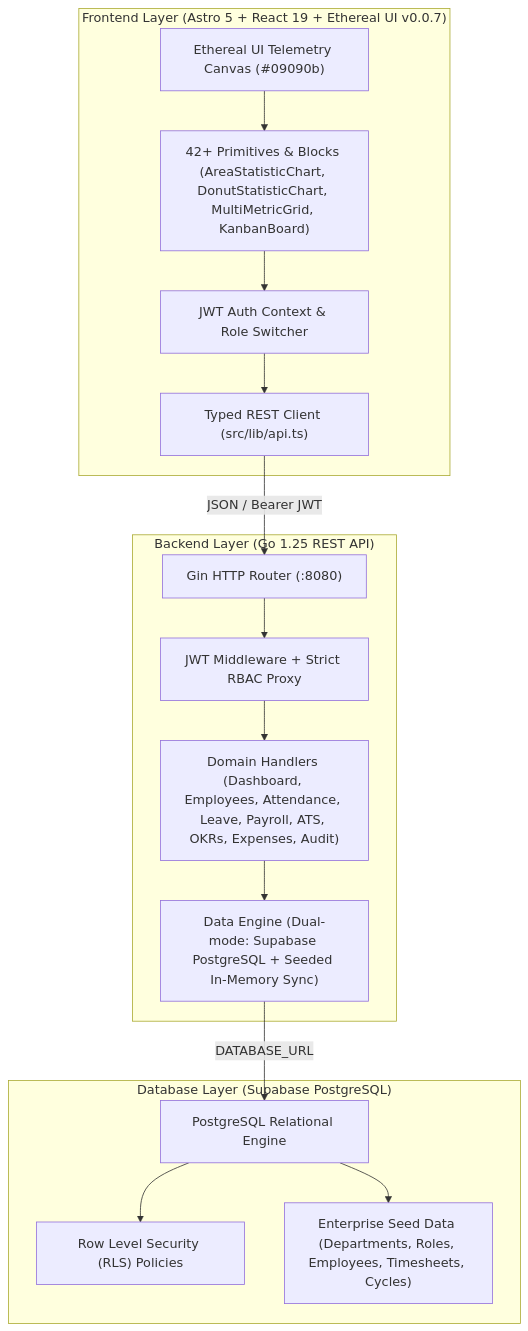
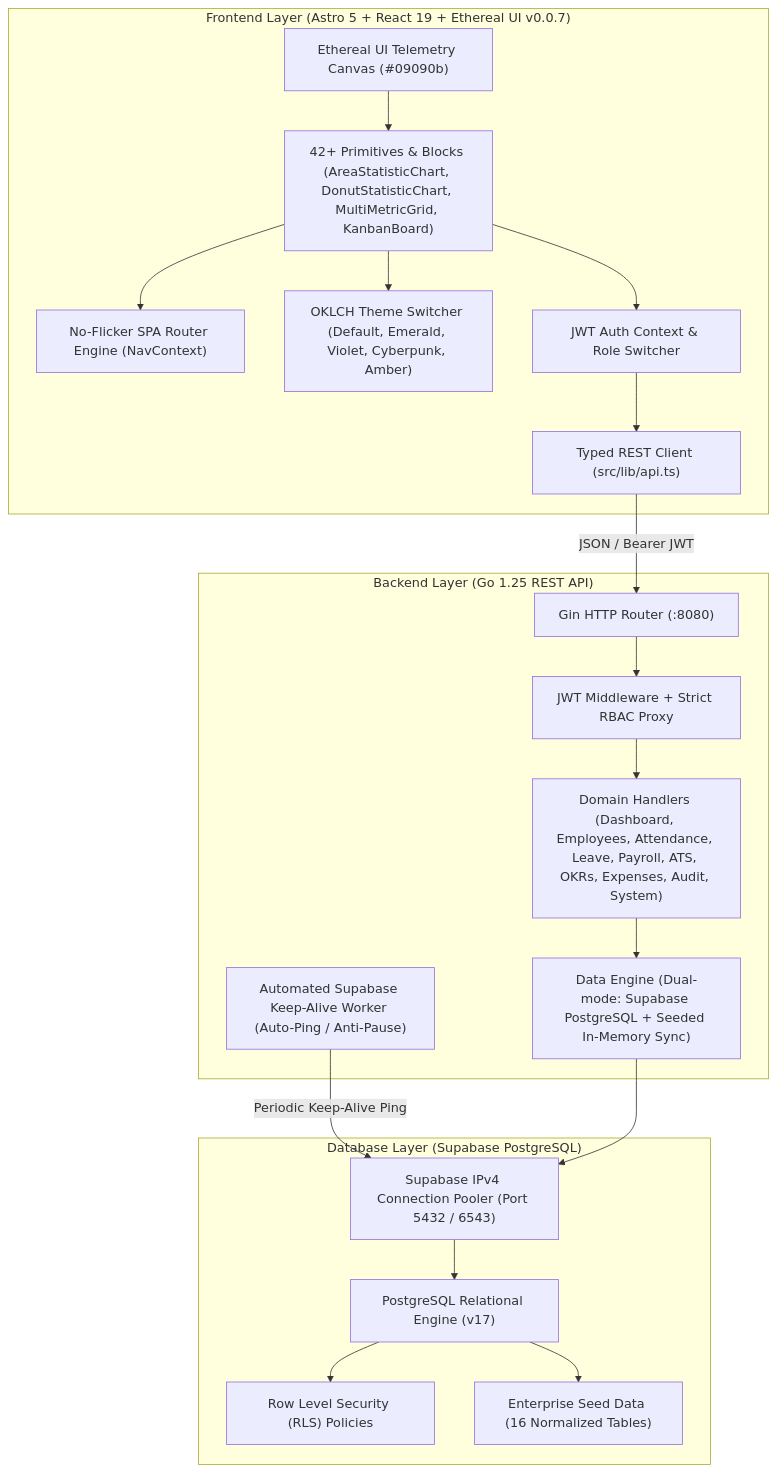
One commit to XenchinRyu7/hrms changed the diagram in README.md. Above: the diagram before and after it, drawn with Mermaid. The commit also changed other lines of this file, not shown here.

Commit message:
docs: update system architecture, keep-alive documentation, and git governance

````diff
--- a/README.md
+++ b/README.md
@@ -16,33 +18,41 @@
 ```mermaid
 graph TD
     subgraph Frontend["Frontend Layer (Astro 5 + React 19 + Ethereal UI v0.0.7)"]
         UI["Ethereal UI Telemetry Canvas (#09090b)"]
         Components["42+ Primitives & Blocks (AreaStatisticChart, DonutStatisticChart, MultiMetricGrid, KanbanBoard)"]
+        NavCtx["No-Flicker SPA Router Engine (NavContext)"]
+        ThemeCtx["OKLCH Theme Switcher (Default, Emerald, Violet, Cyberpunk, Amber)"]
         AuthCtx["JWT Auth Context & Role Switcher"]
         APIClient["Typed REST Client (src/lib/api.ts)"]
     end
 
     subgraph Backend["Backend Layer (Go 1.25 REST API)"]
         Router["Gin HTTP Router (:8080)"]
         Middleware["JWT Middleware + Strict RBAC Proxy"]
-        Handlers["Domain Handlers (Dashboard, Employees, Attendance, Leave, Payroll, ATS, OKRs, Expenses, Audit)"]
+        Handlers["Domain Handlers (Dashboard, Employees, Attendance, Leave, Payroll, ATS, OKRs, Expenses, Audit, System)"]
+        KeepAlive["Automated Supabase Keep-Alive Worker (Auto-Ping / Anti-Pause)"]
         Store["Data Engine (Dual-mode: Supabase PostgreSQL + Seeded In-Memory Sync)"]
     end
 
     subgraph Database["Database Layer (Supabase PostgreSQL)"]
-        PG["PostgreSQL Relational Engine"]
+        Pooler["Supabase IPv4 Connection Pooler (Port 5432 / 6543)"]
+        PG["PostgreSQL Relational Engine (v17)"]
         RLS["Row Level Security (RLS) Policies"]
-        Seeds["Enterprise Seed Data (Departments, Roles, Employees, Timesheets, Cycles)"]
+        Seeds["Enterprise Seed Data (16 Normalized Tables)"]
     end
 
     UI --> Components
+    Components --> NavCtx
+    Components --> ThemeCtx
     Components --> AuthCtx
     AuthCtx --> APIClient
     APIClient -->|JSON / Bearer JWT| Router
     Router --> Middleware
     Middleware --> Handlers
     Handlers --> Store
-    Store -->|DATABASE_URL| PG
+    KeepAlive -->|Periodic Keep-Alive Ping| Pooler
+    Store --> Pooler
+    Pooler --> PG
     PG --> RLS
     PG --> Seeds
 ```
````
